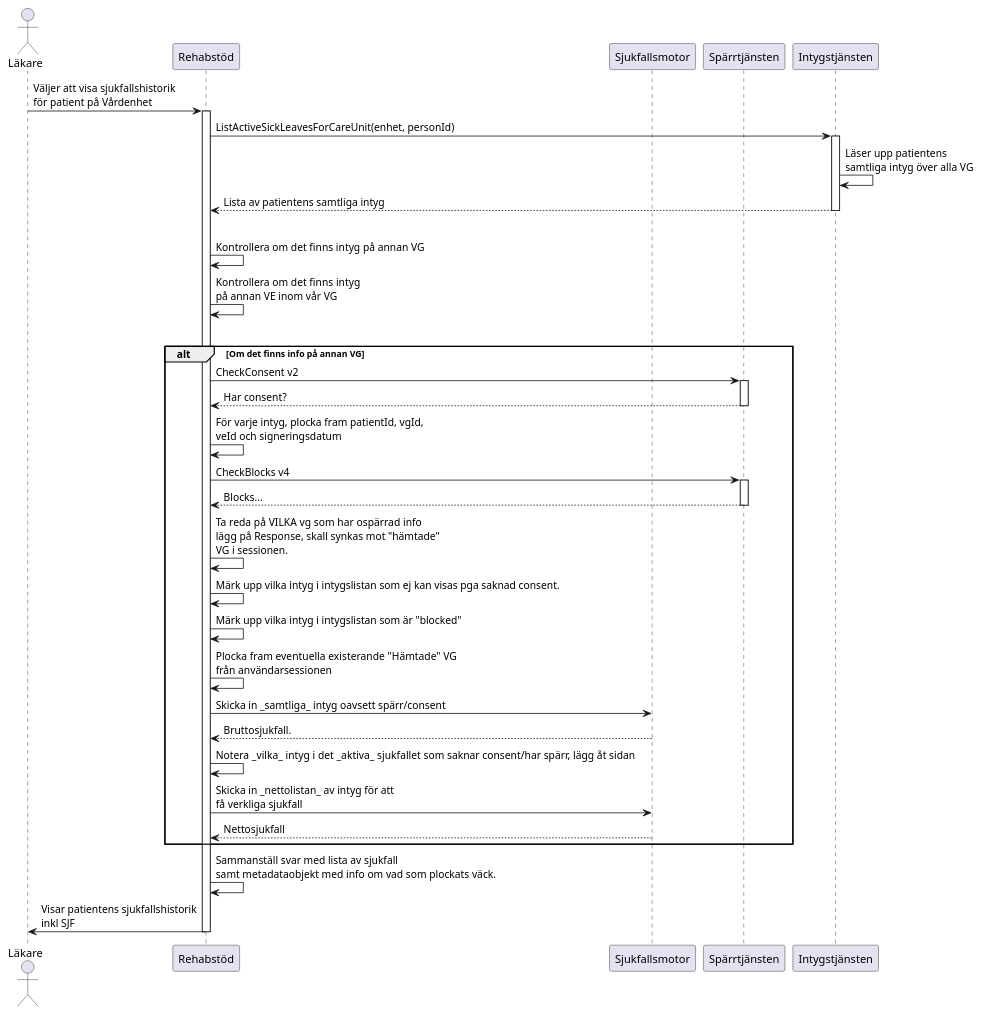
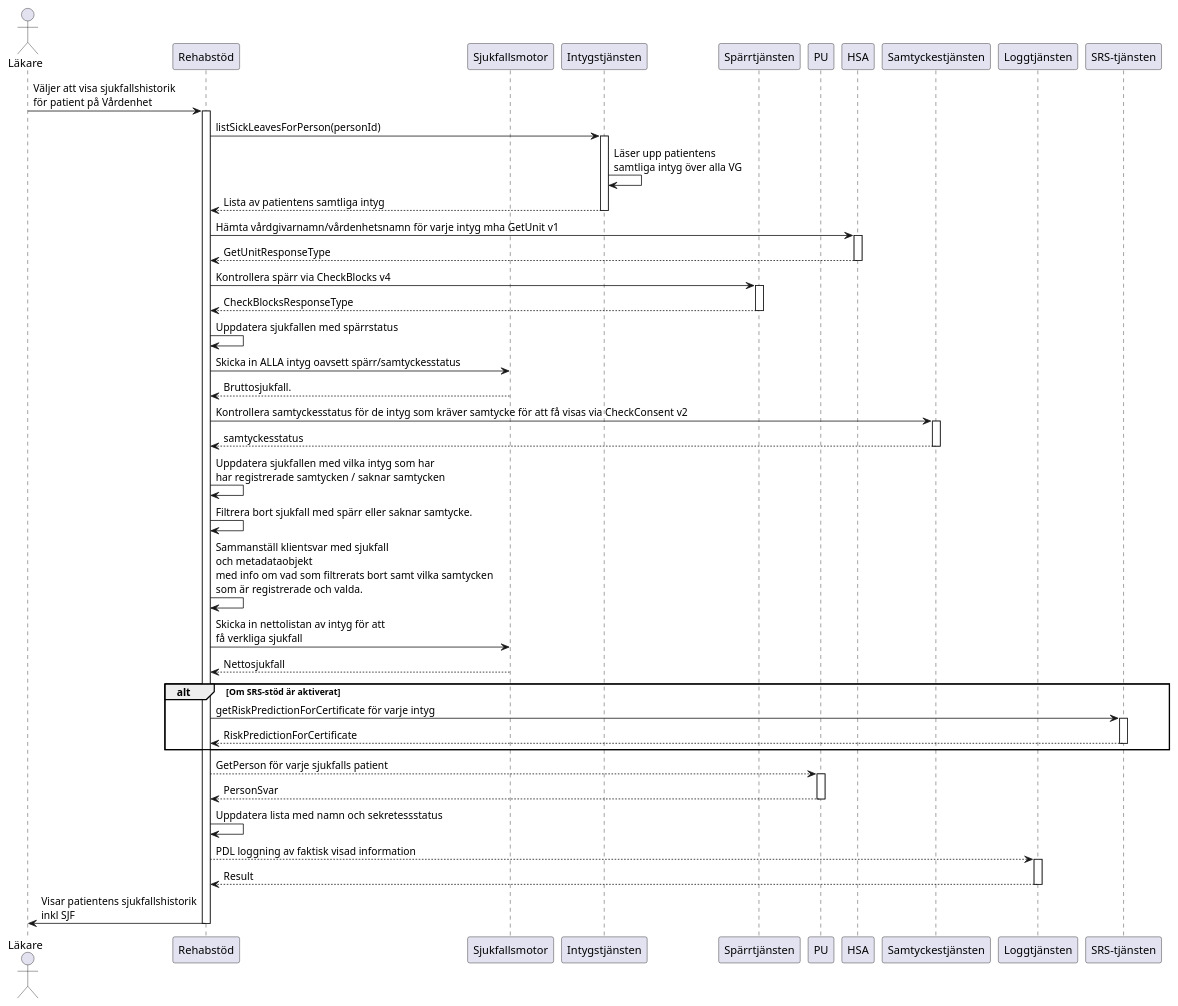
The diagram in docs/plantuml/visa-sjukfallhistorik-sjf.puml (sklintyg/rehabstod), drawn with PlantUML before and after one commit.

Commit message:
DEVENV: Uppdaterat sekvensdiagram sjf

```diff
--- a/docs/plantuml/visa-sjukfallhistorik-sjf.puml
+++ b/docs/plantuml/visa-sjukfallhistorik-sjf.puml
@@ -1,54 +1,69 @@
 @startuml
 actor Läkare
 participant rhs as "Rehabstöd"
 participant sfm as "Sjukfallsmotor"
+participant it as "Intygstjänsten"
 participant st as "Spärrtjänsten"
-participant it as "Intygstjänsten"
+participant pu as "PU"
+participant hsa as "HSA"
+participant samtycke as "Samtyckestjänsten"
+participant logg as "Loggtjänsten"
+participant srs as "SRS-tjänsten"
 
 Läkare -> rhs: Väljer att visa sjukfallshistorik\nför patient på Vårdenhet
 activate rhs
-    rhs -> it: ListActiveSickLeavesForCareUnit(enhet, personId)
+    rhs -> it: listSickLeavesForPerson(personId)
     activate it
     it -> it: Läser upp patientens\nsamtliga intyg över alla VG
     it --> rhs: Lista av patientens samtliga intyg
     deactivate it
 
-|||
+    rhs -> hsa: Hämta vårdgivarnamn/vårdenhetsnamn för varje intyg mha GetUnit v1
+    activate hsa
+    hsa --> rhs: GetUnitResponseType
+    deactivate hsa
 
-    rhs -> rhs: Kontrollera om det finns intyg på annan VG
+    rhs -> st: Kontrollera spärr via CheckBlocks v4
+    activate st
+    st --> rhs: CheckBlocksResponseType
+    deactivate st
+    rhs -> rhs: Uppdatera sjukfallen med spärrstatus
 
-    rhs -> rhs: Kontrollera om det finns intyg\npå annan VE inom vår VG
-|||
-    alt Om det finns info på annan VG
-    rhs -> st: CheckConsent v2
-    activate st
-    st --> rhs: Har consent?
-    deactivate st
+    rhs -> sfm: Skicka in ALLA intyg oavsett spärr/samtyckesstatus
+    sfm --> rhs: Bruttosjukfall.
 
-    rhs -> rhs: För varje intyg, plocka fram patientId, vgId,\nveId och signeringsdatum
-    rhs -> st: CheckBlocks v4
-    activate st
-    st --> rhs: Blocks...
-    deactivate st
+    rhs -> samtycke: Kontrollera samtyckesstatus för de intyg som kräver samtycke för att få visas via CheckConsent v2
+    activate samtycke
+    samtycke --> rhs: samtyckesstatus
+    deactivate samtycke
 
-    rhs -> rhs: Ta reda på VILKA vg som har ospärrad info\nlägg på Response, skall synkas mot "hämtade"\nVG i sessionen.
-    rhs -> rhs: Märk upp vilka intyg i intygslistan som ej kan visas pga saknad consent.
+    rhs -> rhs: Uppdatera sjukfallen med vilka intyg som har\nhar registrerade samtycken / saknar samtycken
+
+     rhs -> rhs: Filtrera bort sjukfall med spärr eller saknar samtycke.
+     rhs -> rhs: Sammanställ klientsvar med sjukfall\noch metadataobjekt\nmed info om vad som filtrerats bort samt vilka samtycken\nsom är registrerade och valda.
+
+    rhs -> sfm: Skicka in nettolistan av intyg för att\nfå verkliga sjukfall
+    sfm --> rhs: Nettosjukfall
+
+     alt Om SRS-stöd är aktiverat
+        rhs -> srs: getRiskPredictionForCertificate för varje intyg
+         activate srs
+        srs --> rhs: RiskPredictionForCertificate
+         deactivate srs
+     end
 
 
-    rhs -> rhs: Märk upp vilka intyg i intygslistan som är "blocked"
-    rhs -> rhs: Plocka fram eventuella existerande "Hämtade" VG\nfrån användarsessionen
+      rhs --> pu: GetPerson för varje sjukfalls patient
+    activate pu
+      pu --> rhs: PersonSvar
+     deactivate pu
+     rhs -> rhs: Uppdatera lista med namn och sekretessstatus
 
-
-    rhs -> sfm: Skicka in _samtliga_ intyg oavsett spärr/consent
-    sfm --> rhs: Bruttosjukfall.
-
-    rhs -> rhs: Notera _vilka_ intyg i det _aktiva_ sjukfallet som saknar consent/har spärr, lägg åt sidan
-
-    rhs -> sfm: Skicka in _nettolistan_ av intyg för att\nfå verkliga sjukfall
-    sfm --> rhs: Nettosjukfall
-end
-    rhs -> rhs: Sammanställ svar med lista av sjukfall\nsamt metadataobjekt med info om vad som plockats väck.
+     rhs --> logg: PDL loggning av faktisk visad information
+    activate logg
+      logg --> rhs: Result
+     deactivate logg
 
     rhs -> Läkare: Visar patientens sjukfallshistorik\ninkl SJF
 deactivate rhs
 @enduml
```
